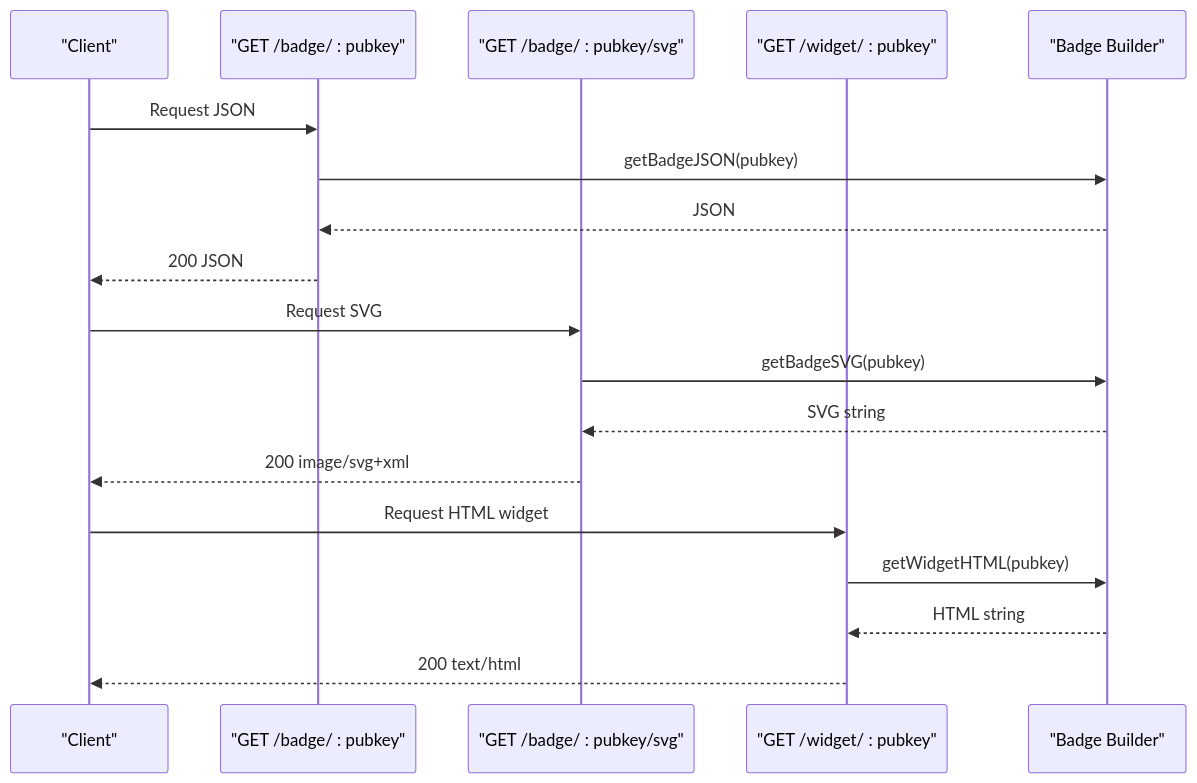
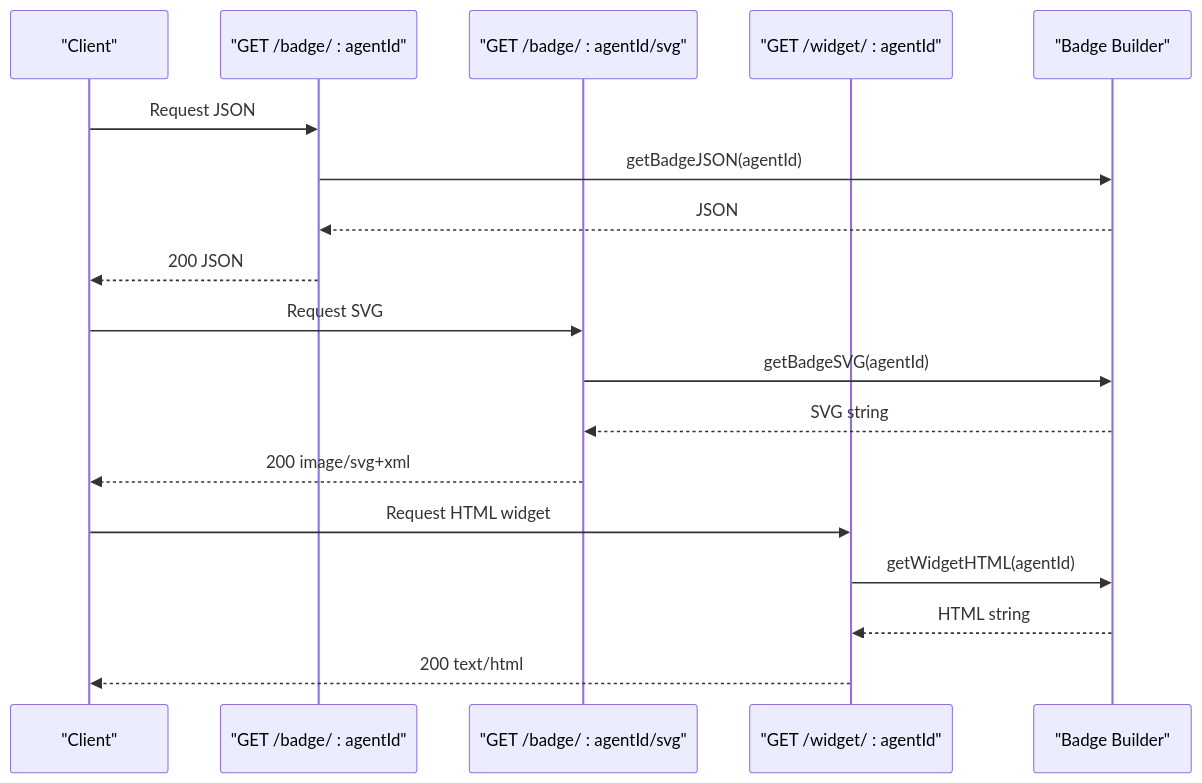
One commit to RunTimeAdmin/AgentID changed the fourth of 6 diagrams in .qoder/repowiki/en/content/Service Layer/Badge Services.md. Above: the diagram before and after it, drawn with Mermaid. The commit also changed other lines of this file and 31 other files, not shown here.

````diff
--- a/.qoder/repowiki/en/content/Service Layer/Badge Services.md
+++ b/.qoder/repowiki/en/content/Service Layer/Badge Services.md
@@ -203,20 +207,20 @@
 ```mermaid
 sequenceDiagram
 participant Client as "Client"
-participant BadgeRoute as "GET /badge/ : pubkey"
-participant SVGRoute as "GET /badge/ : pubkey/svg"
-participant WidgetRoute as "GET /widget/ : pubkey"
+participant BadgeRoute as "GET /badge/ : agentId"
+participant SVGRoute as "GET /badge/ : agentId/svg"
+participant WidgetRoute as "GET /widget/ : agentId"
 participant Builder as "Badge Builder"
 Client->>BadgeRoute : Request JSON
-BadgeRoute->>Builder : getBadgeJSON(pubkey)
+BadgeRoute->>Builder : getBadgeJSON(agentId)
 Builder-->>BadgeRoute : JSON
 BadgeRoute-->>Client : 200 JSON
 Client->>SVGRoute : Request SVG
-SVGRoute->>Builder : getBadgeSVG(pubkey)
+SVGRoute->>Builder : getBadgeSVG(agentId)
 Builder-->>SVGRoute : SVG string
 SVGRoute-->>Client : 200 image/svg+xml
 Client->>WidgetRoute : Request HTML widget
-WidgetRoute->>Builder : getWidgetHTML(pubkey)
+WidgetRoute->>Builder : getWidgetHTML(agentId)
 Builder-->>WidgetRoute : HTML string
 WidgetRoute-->>Client : 200 text/html
 ```
````
